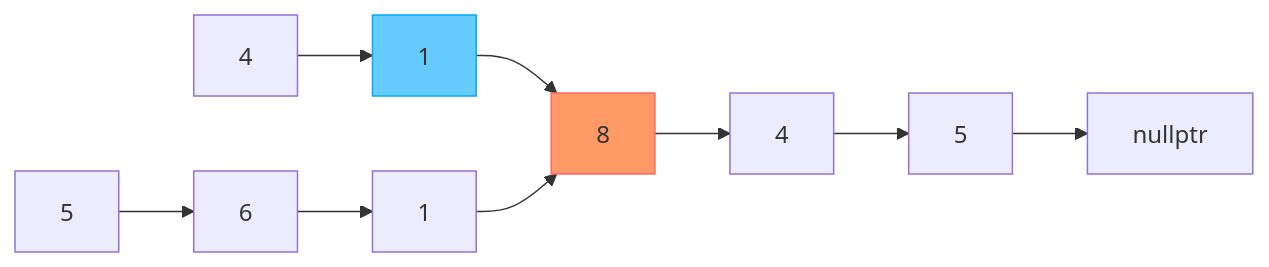
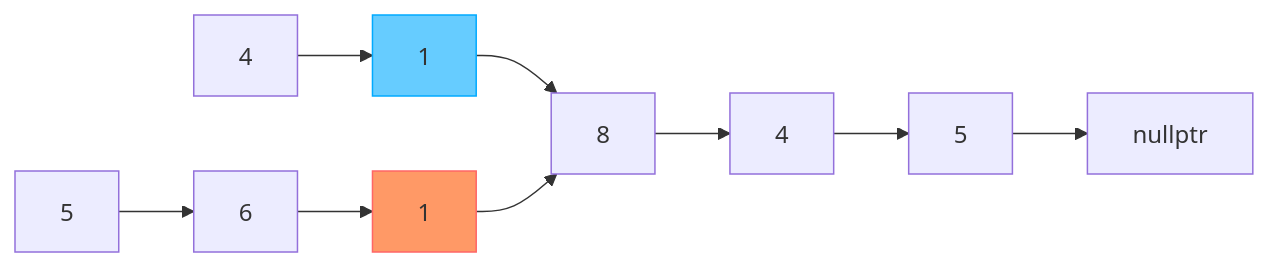
One commit to ianchen0419/cpp-leetcode changed the tenth of 11 diagrams in 160. Intersection of Two Linked Lists.md. Above: the diagram before and after it, drawn with Mermaid. The commit also changed other lines of this file, not shown here.

````diff
--- a/160. Intersection of Two Linked Lists.md
+++ b/160. Intersection of Two Linked Lists.md
@@ -189,14 +172,14 @@
 ```mermaid
 flowchart LR
     a[4]-->b[1]
     b:::blue-->c[8]
-    c:::orange-->d[4]
+    c-->d[4]
     d-->e[5]
     e-->x[nullptr]
     f[5]-->g[6]
     g-->h[1]
-    h-->c
+    h:::orange-->c
 
     classDef orange fill:#f96,stroke:#f66
     classDef blue fill:#6cf,stroke:#0af
 ```
````
